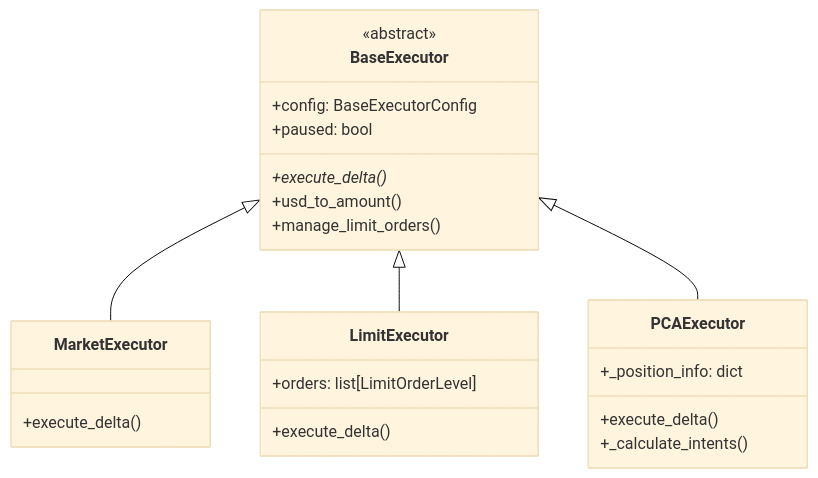
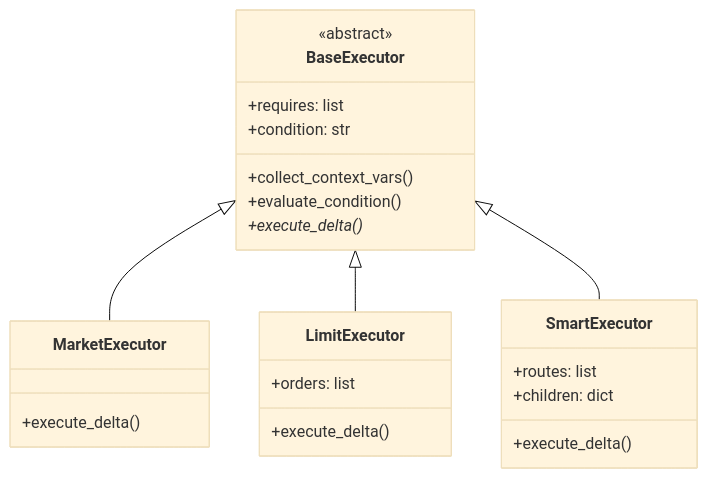
The second of 3 diagrams in docs/architecture.md (invoker-bot/HFT-Python), drawn with Mermaid (base theme) before and after one commit. The commit also changed other lines of this file and 77 other files, not shown here.

First line of the commit message:
Implement Feature 0005 (Executor Dynamic Conditions) and Feature 0006 (Indicator Unified Architecture)

````diff
--- a/docs/architecture.md
+++ b/docs/architecture.md
@@ -151,30 +135,30 @@
 ```mermaid
 classDiagram
     class BaseExecutor {
         <<abstract>>
-        +config: BaseExecutorConfig
-        +paused: bool
+        +requires: list
+        +condition: str
+        +collect_context_vars()
+        +evaluate_condition()
         +execute_delta()*
-        +usd_to_amount()
-        +manage_limit_orders()
     }
 
     class MarketExecutor {
         +execute_delta()
     }
 
     class LimitExecutor {
-        +orders: list[LimitOrderLevel]
+        +orders: list
         +execute_delta()
     }
 
-    class PCAExecutor {
-        +_position_info: dict
+    class SmartExecutor {
+        +routes: list
+        +children: dict
         +execute_delta()
-        +_calculate_intents()
     }
 
     BaseExecutor <|-- MarketExecutor
     BaseExecutor <|-- LimitExecutor
-    BaseExecutor <|-- PCAExecutor
+    BaseExecutor <|-- SmartExecutor
 ```
````
